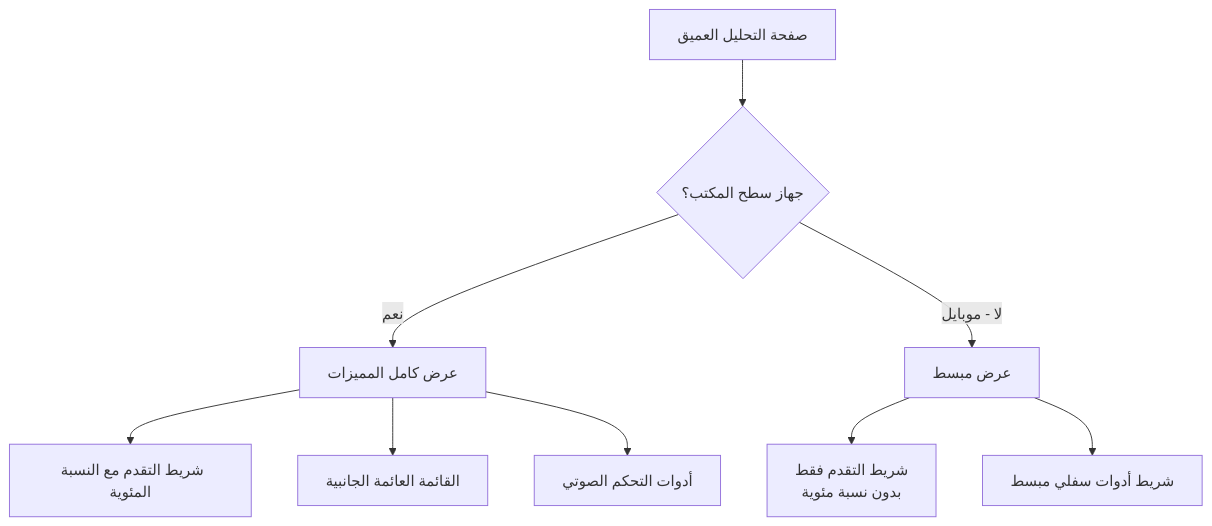
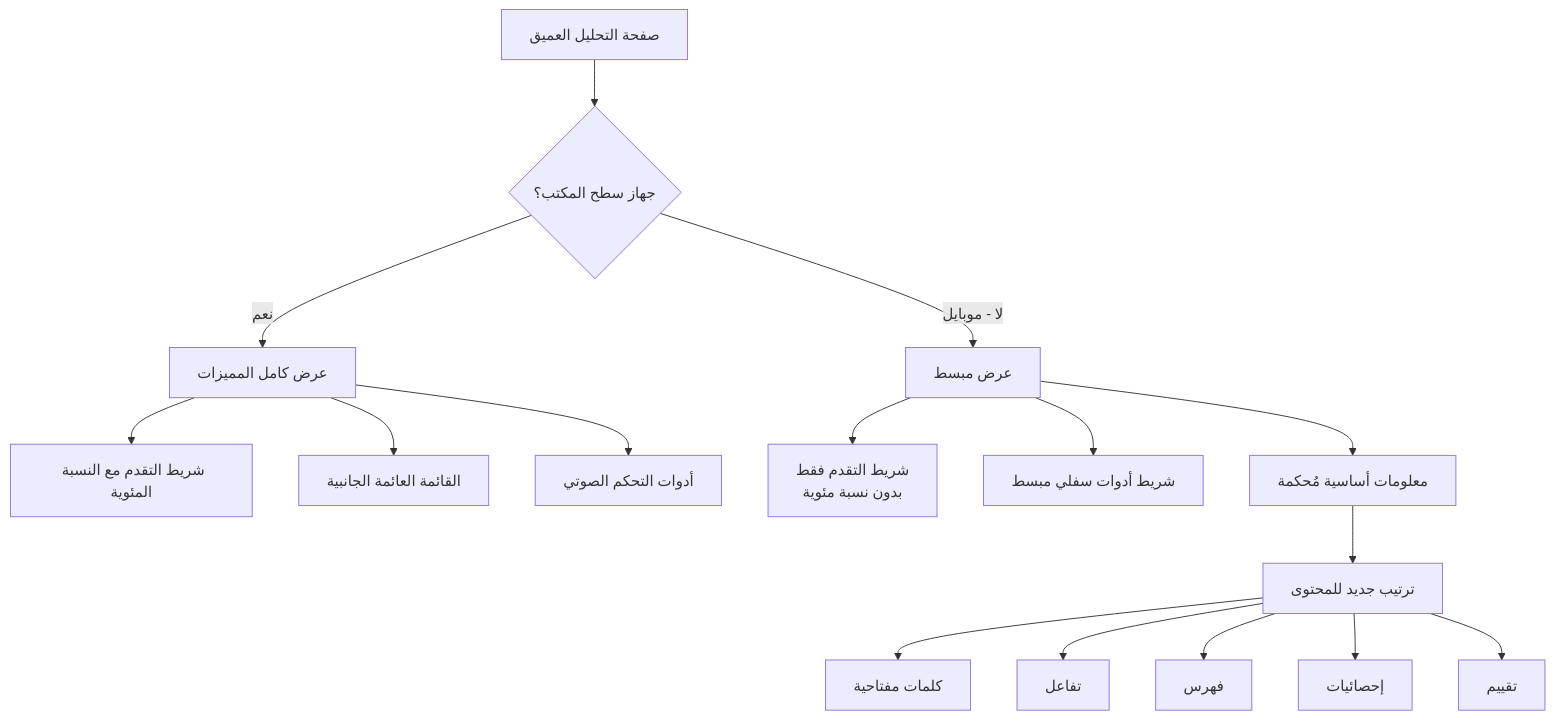
One commit to sabq4org/sabq-ai-cms changed the diagram in docs/DEEP_ANALYSIS_MOBILE_UX_UPDATES.md. Above: the diagram before and after it, drawn with Mermaid. The commit also changed other lines of this file and 2 other files, not shown here.

````diff
--- a/docs/DEEP_ANALYSIS_MOBILE_UX_UPDATES.md
+++ b/docs/DEEP_ANALYSIS_MOBILE_UX_UPDATES.md
@@ -54,13 +83,21 @@
 ```mermaid
 graph TB
     A[صفحة التحليل العميق] --> B{جهاز سطح المكتب؟}
     B -->|نعم| C[عرض كامل المميزات]
     B -->|لا - موبايل| D[عرض مبسط]
     
     C --> E[شريط التقدم مع النسبة المئوية]
     C --> F[القائمة العائمة الجانبية]
     C --> G[أدوات التحكم الصوتي]
     
     D --> H[شريط التقدم فقط<br/>بدون نسبة مئوية]
     D --> I[شريط أدوات سفلي مبسط]
+    D --> J[معلومات أساسية مُحكمة]
+    
+    J --> K[ترتيب جديد للمحتوى]
+    K --> K1[كلمات مفتاحية]
+    K --> K2[تفاعل]
+    K --> K3[فهرس]
+    K --> K4[إحصائيات]
+    K --> K5[تقييم]
 ```
````
